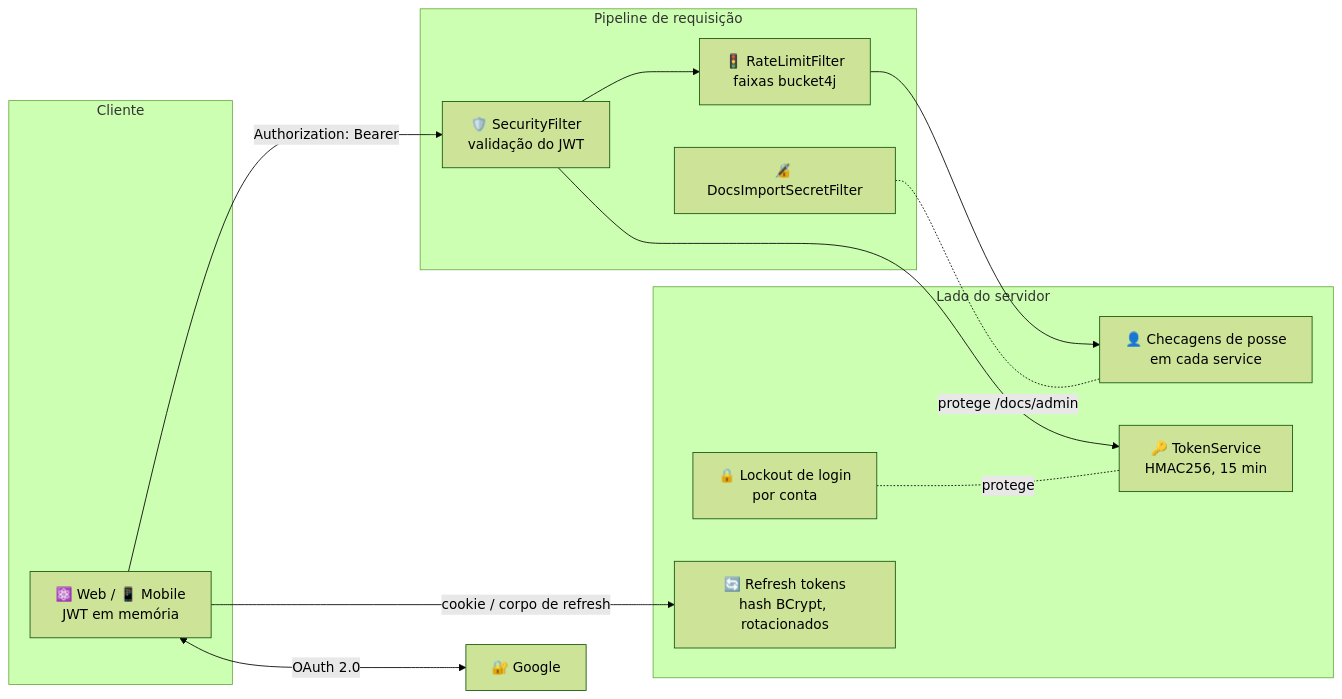
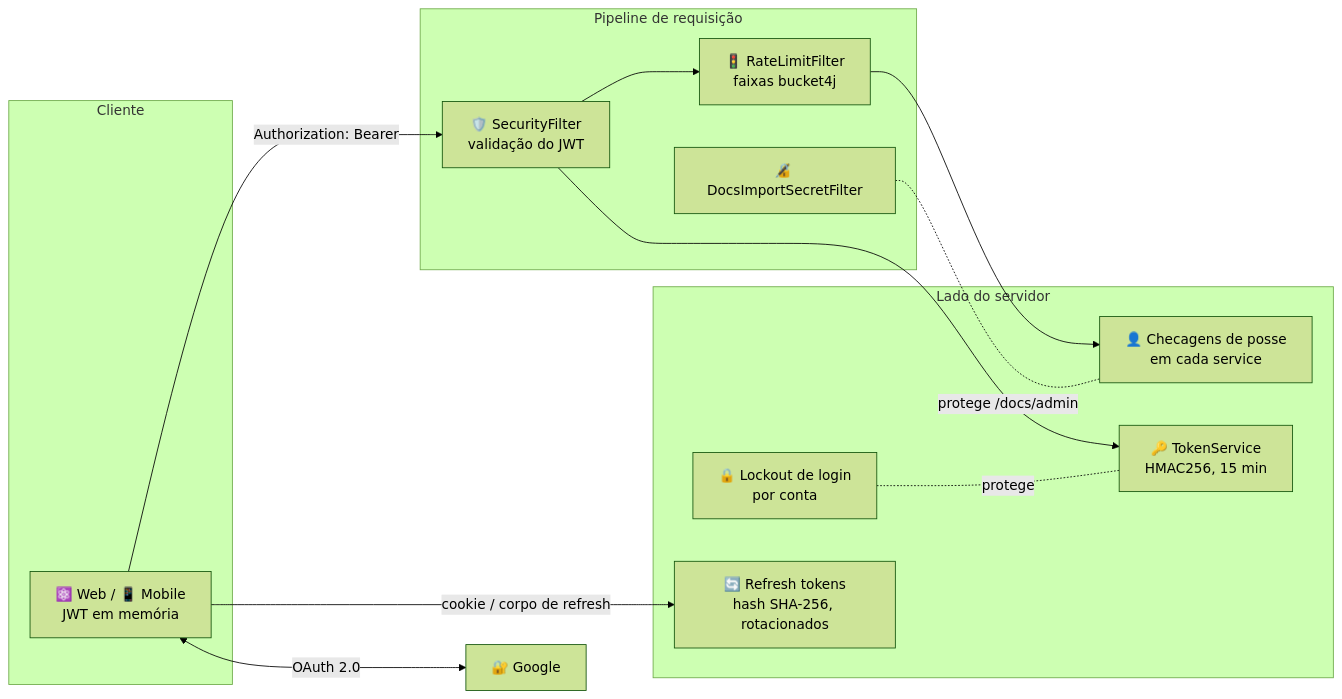
One commit to AndDev741/Beyou-arch-design changed the first of 3 diagrams in architecture/security/pt.md. Above: the diagram before and after it, drawn with Mermaid (forest theme). The commit also changed other lines of this file and 1 other file, not shown here.

First line of the commit message:
docs(security): refresh tokens are SHA-256 hashed; preflights cached 1 h

````diff
--- a/architecture/security/pt.md
+++ b/architecture/security/pt.md
@@ -12,27 +12,27 @@
 ```mermaid
 flowchart LR
   subgraph client["Cliente"]
     FE["⚛️ Web / 📱 Mobile<br/>JWT em memória"]
   end
 
   subgraph filters["Pipeline de requisição"]
     RL["🚦 RateLimitFilter<br/>faixas bucket4j"]
     SF["🛡️ SecurityFilter<br/>validação do JWT"]
     DS["🔏 DocsImportSecretFilter"]
   end
 
   subgraph server["Lado do servidor"]
     LA["🔒 Lockout de login<br/>por conta"]
     TS["🔑 TokenService<br/>HMAC256, 15 min"]
-    RT["🔄 Refresh tokens<br/>hash BCrypt, rotacionados"]
+    RT["🔄 Refresh tokens<br/>hash SHA-256, rotacionados"]
     OWN["👤 Checagens de posse<br/>em cada service"]
   end
 
   FE -->|"Authorization: Bearer"| SF
   FE -->|"cookie / corpo de refresh"| RT
   SF --> RL --> OWN
   SF --> TS
   FE <-->|"OAuth 2.0"| GO["🔐 Google"]
   LA -.-|"protege"| TS
   DS -.-|"protege /docs/admin"| OWN
 ```
````
